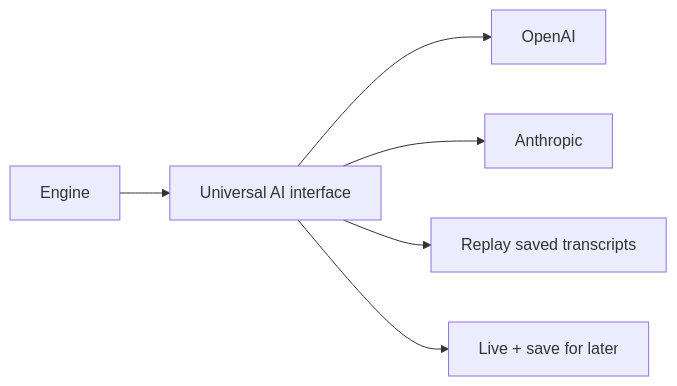
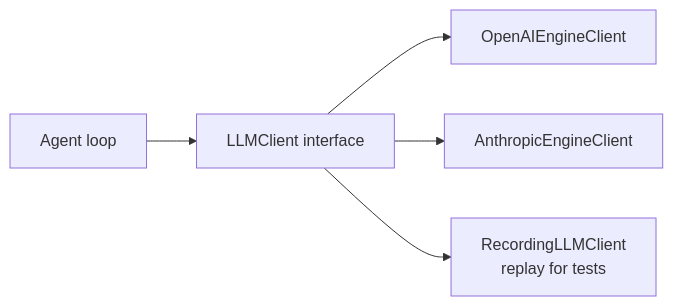
Before and after one commit to EdoardoMongardi/NYU_Path: the diagram in Docs/current-system/engine/llm-clients.md, drawn with Mermaid. The commit also changed other lines of this file and 73 other files, not shown here.

````diff
--- a/Docs/current-system/engine/llm-clients.md
+++ b/Docs/current-system/engine/llm-clients.md
@@ -9,8 +11,7 @@
 ```mermaid
 flowchart LR
-    Engine[Engine] --> Interface[Universal AI interface]
-    Interface --> OpenAI[OpenAI]
-    Interface --> Anthropic[Anthropic]
-    Interface --> Replay[Replay saved transcripts]
-    Interface --> Recorder[Live + save for later]
+    Engine[Agent loop] --> Interface[LLMClient interface]
+    Interface --> OpenAI[OpenAIEngineClient]
+    Interface --> Anthropic[AnthropicEngineClient]
+    Interface --> Replay[RecordingLLMClient<br/>replay for tests]
 ```
````
